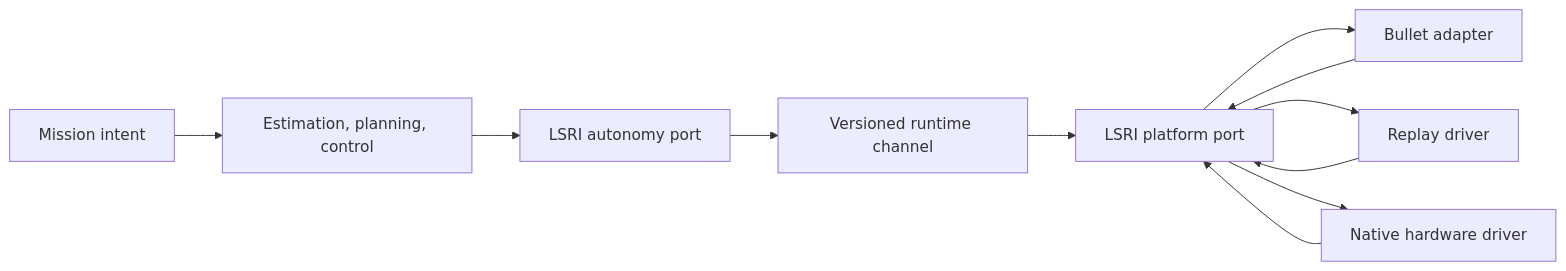
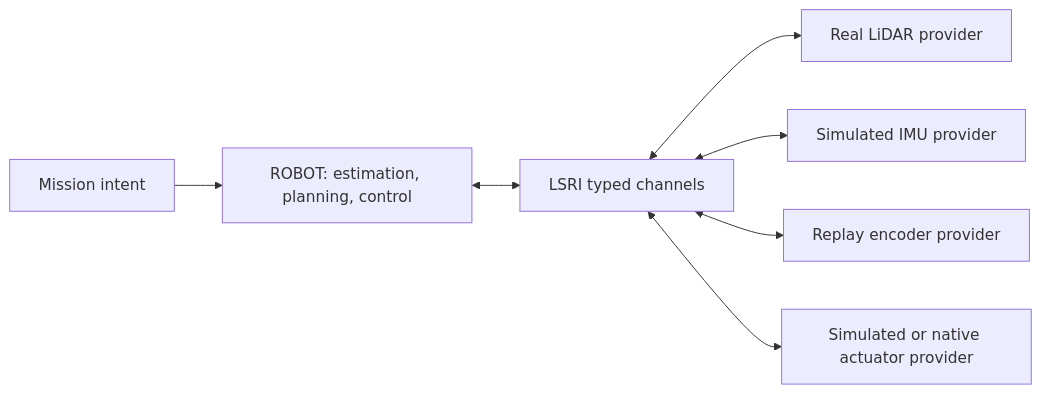
One commit to Robin-1978/lost-signal changed the diagram in docs/runtime-interface.md. Above: the diagram before and after it, drawn with Mermaid. The commit also changed other lines of this file and 391 other files, not shown here.

Commit message:
Separate robot, simulation hardware, and game layers

````diff
--- a/docs/runtime-interface.md
+++ b/docs/runtime-interface.md
@@ -9,14 +9,9 @@
 ```mermaid
 flowchart LR
- Mission[Mission intent] --> Autonomy[Estimation, planning, control]
- Autonomy --> A[LSRI autonomy port]
- A --> C[Versioned runtime channel]
- C --> P[LSRI platform port]
- P --> Sim[Bullet adapter]
- P --> Replay[Replay driver]
- P --> Native[Native hardware driver]
-
- Sim --> P
- Replay --> P
- Native --> P
+ Mission[Mission intent] --> Robot[ROBOT: estimation, planning, control]
+ Robot <--> C[LSRI typed channels]
+ C <--> L[Real LiDAR provider]
+ C <--> I[Simulated IMU provider]
+ C <--> E[Replay encoder provider]
+ C <--> A[Simulated or native actuator provider]
 ```
````
